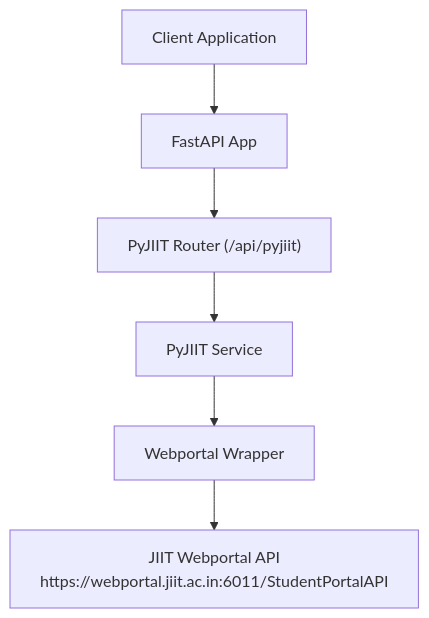
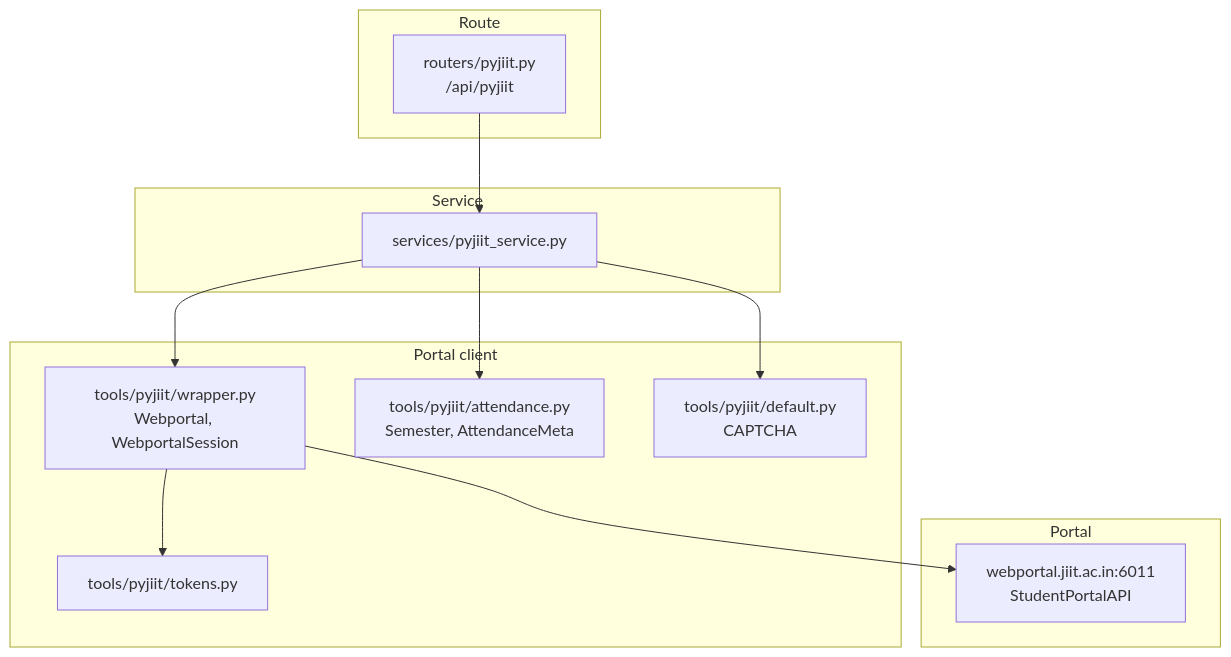
Before and after one commit to tashifkhan/tashif.codes: the first of 6 diagrams in src/data/docs/agentic-browser/API Server/Academic Portal API.md, drawn with Mermaid. The commit also changed other lines of this file and 114 other files, not shown here.

````diff
--- a/src/data/docs/agentic-browser/API Server/Academic Portal API.md
+++ b/src/data/docs/agentic-browser/API Server/Academic Portal API.md
@@ -9,8 +16,24 @@
 ```mermaid
 graph TB
-Client["Client Application"] --> API["FastAPI App"]
-API --> Router["PyJIIT Router (/api/pyjiit)"]
-Router --> Service["PyJIIT Service"]
-Service --> Wrapper["Webportal Wrapper"]
-Wrapper --> JIIT["JIIT Webportal API<br/>https://webportal.jiit.ac.in:6011/StudentPortalAPI"]
+  subgraph "Route"
+    PJ["routers/pyjiit.py<br/>/api/pyjiit"]
+  end
+  subgraph "Service"
+    PS["services/pyjiit_service.py"]
+  end
+  subgraph "Portal client"
+    WP["tools/pyjiit/wrapper.py<br/>Webportal, WebportalSession"]
+    AT["tools/pyjiit/attendance.py<br/>Semester, AttendanceMeta"]
+    TK["tools/pyjiit/tokens.py"]
+    DF["tools/pyjiit/default.py<br/>CAPTCHA"]
+  end
+  subgraph "Portal"
+    API["webportal.jiit.ac.in:6011<br/>StudentPortalAPI"]
+  end
+  PJ --> PS
+  PS --> WP
+  PS --> AT
+  PS --> DF
+  WP --> TK
+  WP --> API
 ```
````
